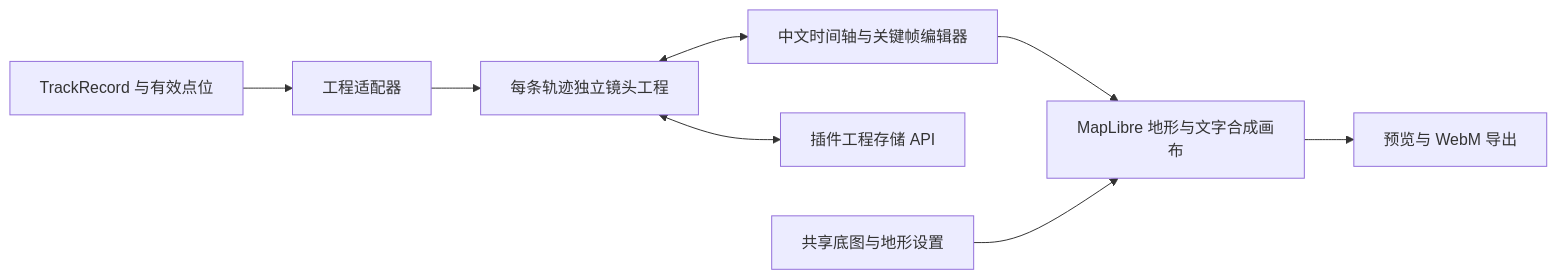
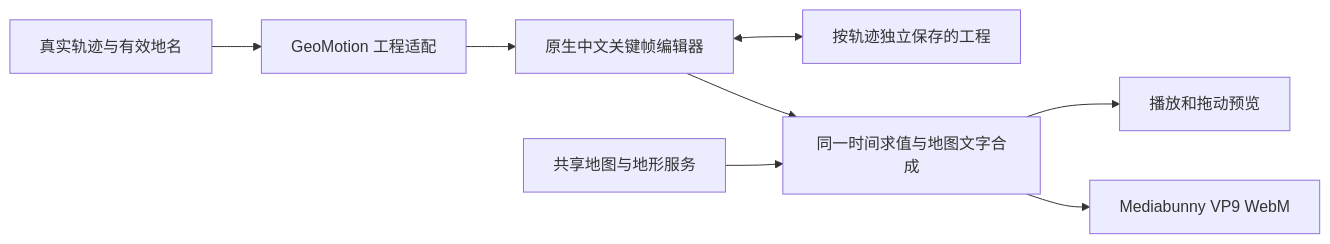
Before and after one commit to g-dxw/dsh-plugin-track: the diagram in docs/geomotion-integration-plan.md, drawn with Mermaid. The commit also changed other lines of this file and 116 other files, not shown here.

````diff
--- a/docs/geomotion-integration-plan.md
+++ b/docs/geomotion-integration-plan.md
@@ -25,10 +17,10 @@
 ```mermaid
 flowchart LR
-    T[TrackRecord 与有效点位] --> A[工程适配器]
-    A --> P[每条轨迹独立镜头工程]
-    P <--> E[中文时间轴与关键帧编辑器]
-    E --> R[MapLibre 地形与文字合成画布]
-    R --> V[预览与 WebM 导出]
-    P <--> S[插件工程存储 API]
-    M[共享底图与地形设置] --> R
+    T[真实轨迹与有效地名] --> A[GeoMotion 工程适配]
+    A --> E[原生中文关键帧编辑器]
+    E <--> S[按轨迹独立保存的工程]
+    E --> R[同一时间求值与地图文字合成]
+    R --> P[播放和拖动预览]
+    R --> V[Mediabunny VP9 WebM]
+    M[共享地图与地形服务] --> R
 ```
````
